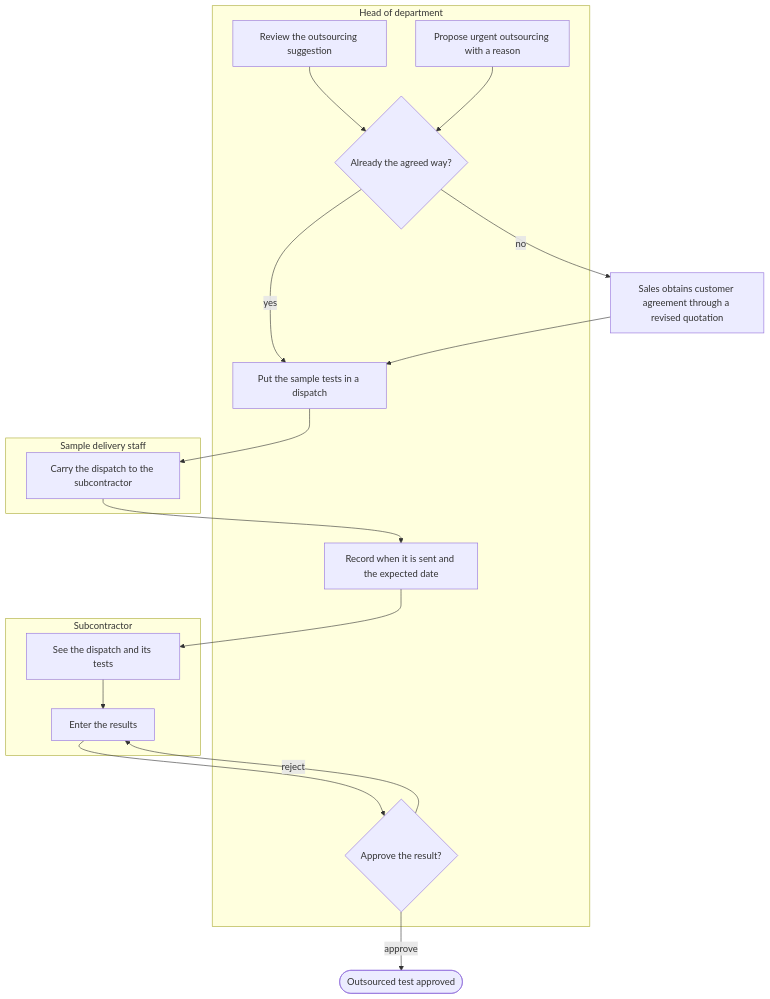
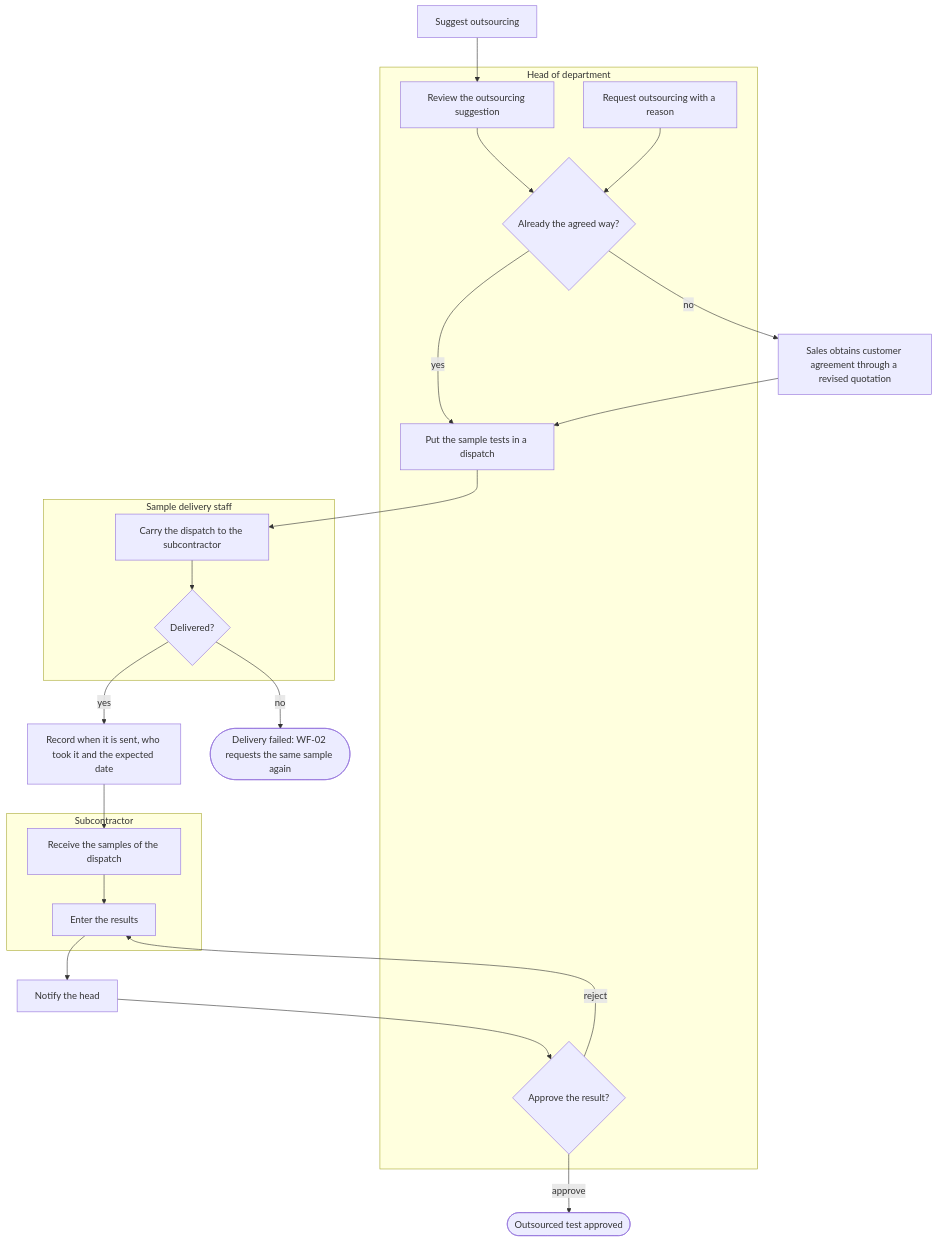
The fifth of 17 diagrams in docs/functional/business-flows.md (SoltuneMontepre/medilab), drawn with Mermaid before and after one commit. The commit also changed other lines of this file and 119 other files, not shown here.

First line of the commit message:
[docs] Add the use case, context and conceptual ER diagrams (#495)

````diff
--- a/docs/functional/business-flows.md
+++ b/docs/functional/business-flows.md
@@ -235,22 +240,25 @@
 ```mermaid
 flowchart TD
+    suggest[Suggest outsourcing]
     subgraph lane12 ["Head of department"]
         h1[Review the outsourcing suggestion] --> agreed{Already the agreed way?}
-        h0[Propose urgent outsourcing with a reason] --> agreed
+        h0[Request outsourcing with a reason] --> agreed
         h2[Put the sample tests in a dispatch]
-        h3[Record when it is sent and the expected date]
         h4{Approve the result?}
     end
     subgraph lane13 ["Sample delivery staff"]
-        d1[Carry the dispatch to the subcontractor]
+        d1[Carry the dispatch to the subcontractor] --> delivered{Delivered?}
     end
     subgraph lane14 ["Subcontractor"]
-        s1[See the dispatch and its tests] --> s2[Enter the results]
+        s1[Receive the samples of the dispatch] --> s2[Enter the results]
     end
+    suggest --> h1
     agreed -->|yes| h2
     agreed -->|no| revise[Sales obtains customer agreement through a revised quotation] --> h2
-    h2 --> d1 --> h3 --> s1
-    s2 --> h4
+    h2 --> d1
+    delivered -->|yes| sent[Record when it is sent, who took it and the expected date] --> s1
+    delivered -->|no| wf02([Delivery failed: WF-02 requests the same sample again])
+    s2 --> notify[Notify the head] --> h4
     h4 -->|reject| s2
     h4 -->|approve| done([Outsourced test approved])
 ```
````
